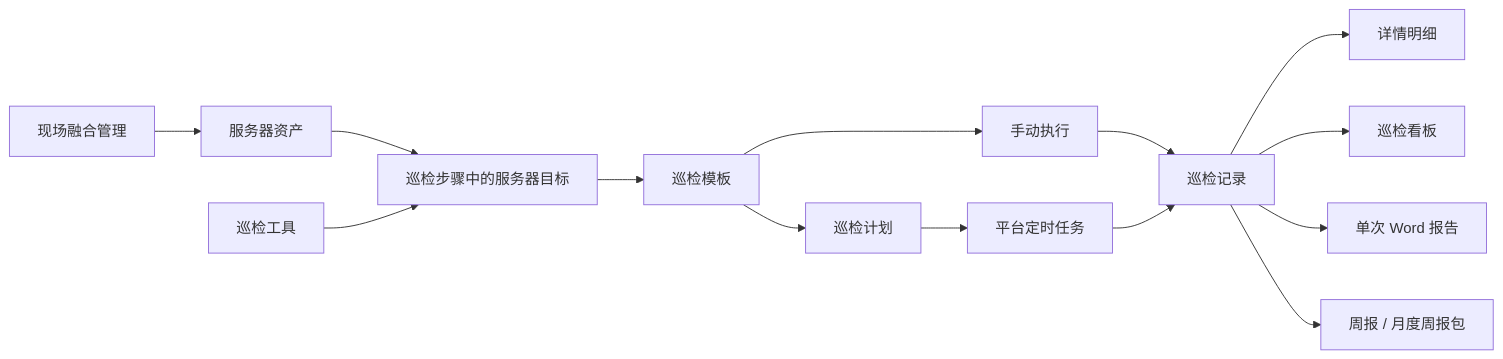
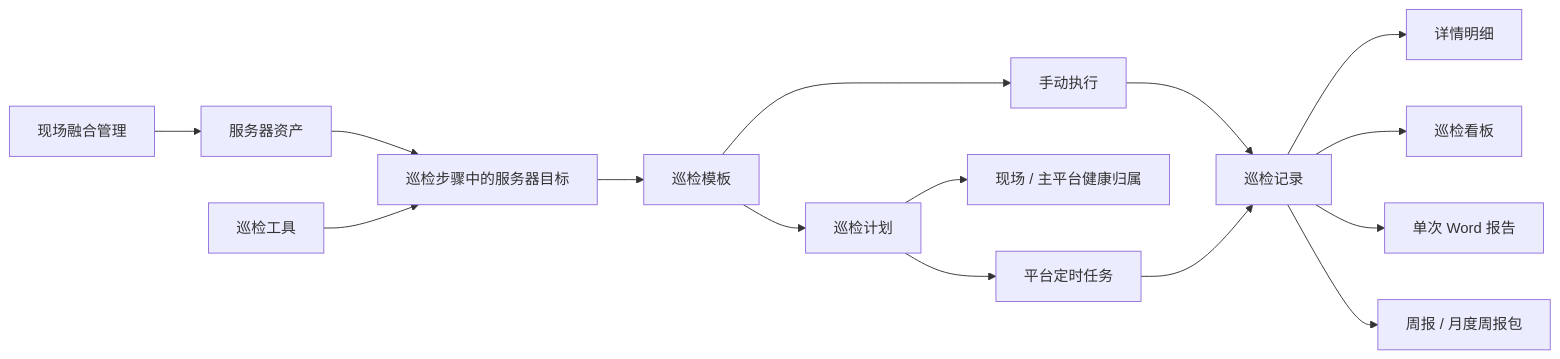
The diagram in RuoYi-Vue3-master/public/docs/auto-inspection/auto-inspection-manual.md (krizen97-sz/wjdatafusion), drawn with Mermaid before and after one commit. The commit also changed other lines of this file and 31 other files, not shown here.

````diff
--- a/RuoYi-Vue3-master/public/docs/auto-inspection/auto-inspection-manual.md
+++ b/RuoYi-Vue3-master/public/docs/auto-inspection/auto-inspection-manual.md
@@ -36,16 +36,17 @@
 ```mermaid
 flowchart LR
   A["现场融合管理"] --> B["服务器资产"]
   B --> C["巡检步骤中的服务器目标"]
   D["巡检工具"] --> C
   C --> E["巡检模板"]
   E --> F["手动执行"]
   E --> G["巡检计划"]
+  G --> N["现场 / 主平台健康归属"]
   G --> H["平台定时任务"]
   F --> I["巡检记录"]
   H --> I
   I --> J["详情明细"]
   I --> K["巡检看板"]
   I --> L["单次 Word 报告"]
   I --> M["周报 / 月度周报包"]
 ```
````
